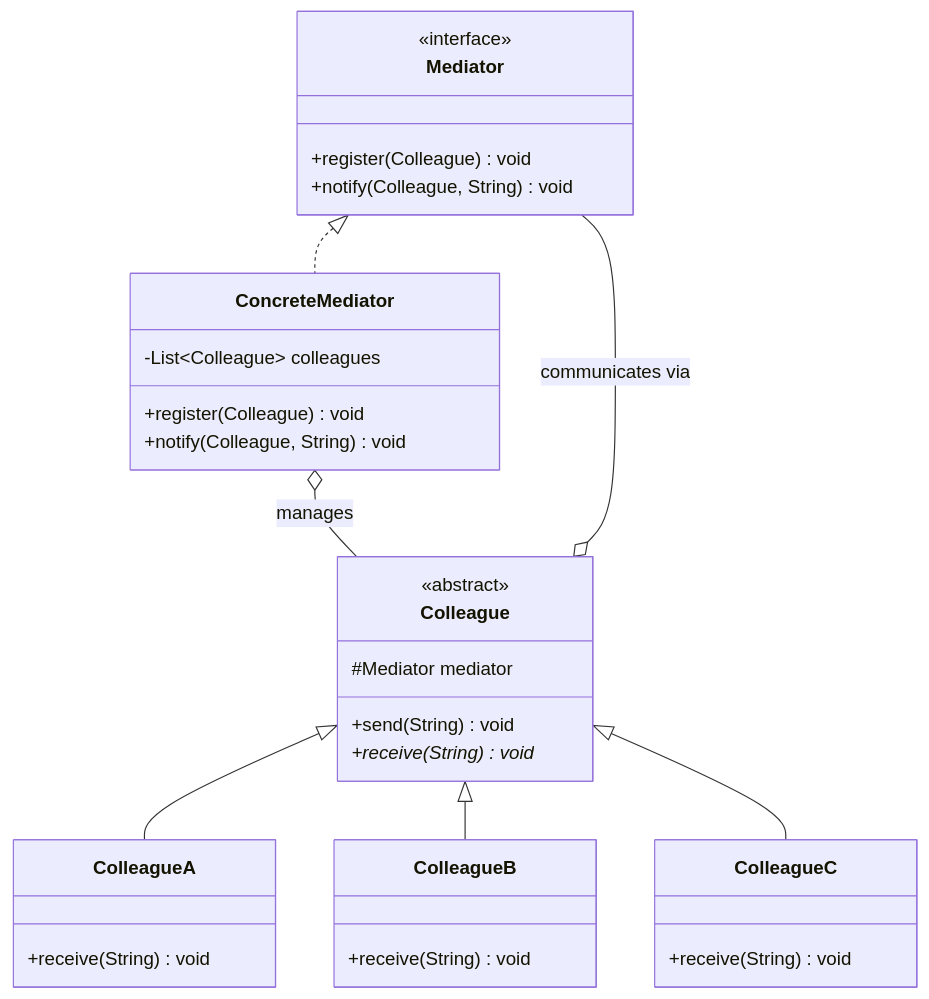
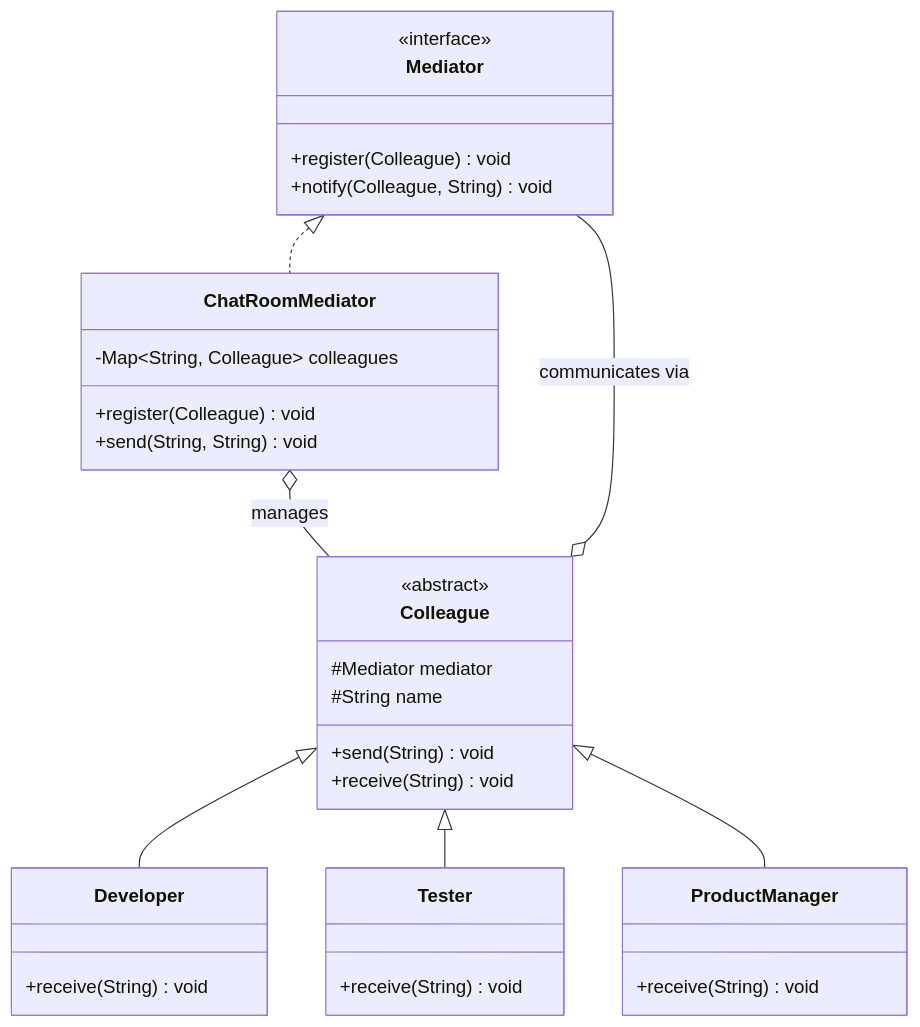
The diagram in src/java-advanced/design-patterns/mediator.md (coolzhul/java-fullstack-knowledge), drawn with Mermaid before and after one commit. The commit also changed other lines of this file and 22 other files, not shown here.

````diff
--- a/src/java-advanced/design-patterns/mediator.md
+++ b/src/java-advanced/design-patterns/mediator.md
@@ -31,34 +45,35 @@
 ```mermaid
 classDiagram
     class Mediator {
         <<interface>>
         +register(Colleague) void
         +notify(Colleague, String) void
     }
-    class ConcreteMediator {
-        -List~Colleague~ colleagues
+    class ChatRoomMediator {
+        -Map~String, Colleague~ colleagues
         +register(Colleague) void
-        +notify(Colleague, String) void
+        +send(String, String) void
     }
     class Colleague {
         <<abstract>>
         #Mediator mediator
+        #String name
         +send(String) void
-        +receive(String) void*
-    }
-    class ColleagueA {
         +receive(String) void
     }
-    class ColleagueB {
+    class Developer {
         +receive(String) void
     }
-    class ColleagueC {
+    class Tester {
         +receive(String) void
     }
-    Mediator <|.. ConcreteMediator
-    Colleague <|-- ColleagueA
-    Colleague <|-- ColleagueB
-    Colleague <|-- ColleagueC
+    class ProductManager {
+        +receive(String) void
+    }
+    Mediator <|.. ChatRoomMediator
+    Colleague <|-- Developer
+    Colleague <|-- Tester
+    Colleague <|-- ProductManager
     Colleague o-- Mediator : communicates via
-    ConcreteMediator o-- Colleague : manages
+    ChatRoomMediator o-- Colleague : manages
 ```
````
